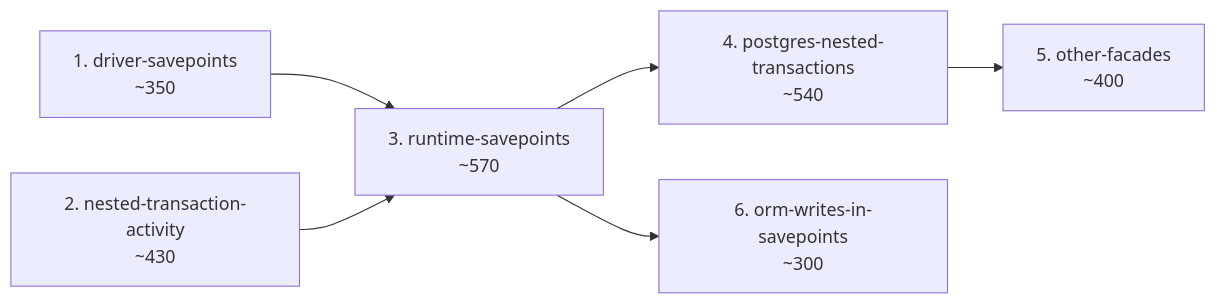
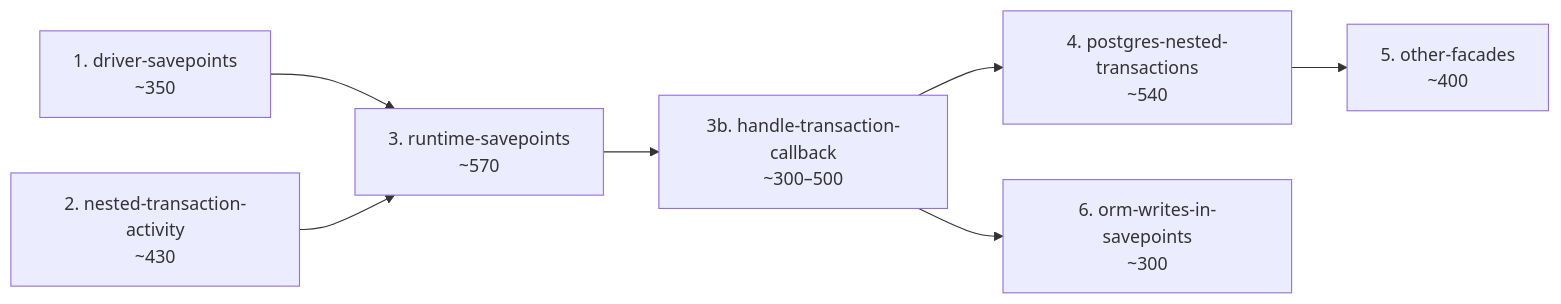
Before and after one commit to prisma/orm: the diagram in projects/nested-transactions/plan.md, drawn with Mermaid. The commit also changed other lines of this file, not shown here.

Commit message:
docs(projects): plan slice 3b, the handle transaction callback, after runtime-savepoints

````diff
--- a/projects/nested-transactions/plan.md
+++ b/projects/nested-transactions/plan.md
@@ -12,8 +12,9 @@
 ```mermaid
 flowchart LR
   S1["1. driver-savepoints<br/>~350"] --> S3["3. runtime-savepoints<br/>~570"]
   S2["2. nested-transaction-activity<br/>~430"] --> S3
-  S3 --> S4["4. postgres-nested-transactions<br/>~540"]
-  S3 --> S6["6. orm-writes-in-savepoints<br/>~300"]
+  S3 --> S3b["3b. handle-transaction-callback<br/>~300–500"]
+  S3b --> S4["4. postgres-nested-transactions<br/>~540"]
+  S3b --> S6["6. orm-writes-in-savepoints<br/>~300"]
   S4 --> S5["5. other-facades<br/>~400"]
 ```
````
